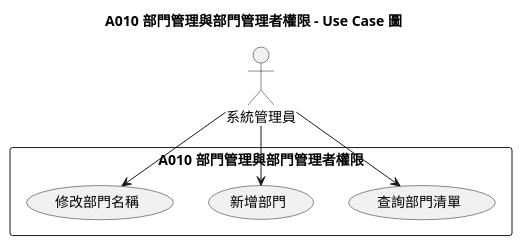
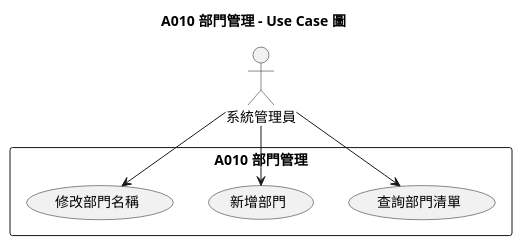
One commit to teyhawzhe/bento-uml changed the diagram in output/A010/A010-usecase.puml. Above: the diagram before and after it, drawn with PlantUML. The commit also changed 30 other files, not shown here.

```diff
--- a/output/A010/A010-usecase.puml
+++ b/output/A010/A010-usecase.puml
@@ -1,17 +1,17 @@
 @startuml A010-usecase
 
-title A010 部門管理與部門管理者權限 - Use Case 圖
+title A010 部門管理 - Use Case 圖
 
 actor "系統管理員" as admin
 
-rectangle "A010 部門管理與部門管理者權限" {
+rectangle "A010 部門管理" {
   usecase "查詢部門清單" as UC1
   usecase "新增部門" as UC2
   usecase "修改部門名稱" as UC3
 }
 
 admin --> UC1
 admin --> UC2
 admin --> UC3
 
 @enduml
```
